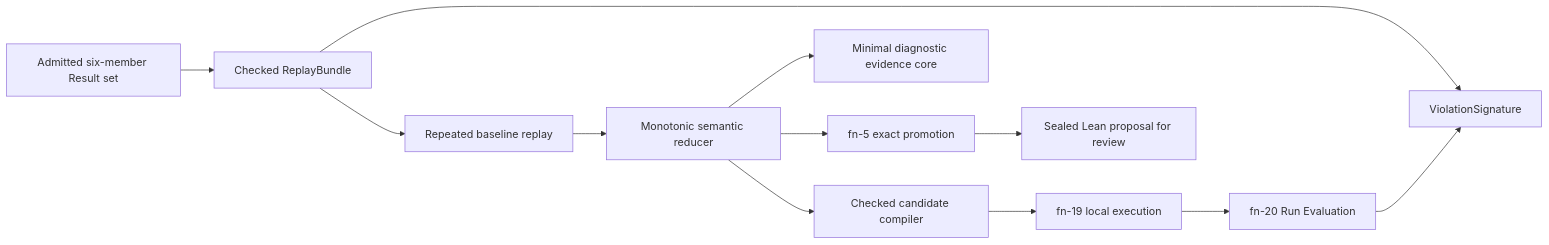
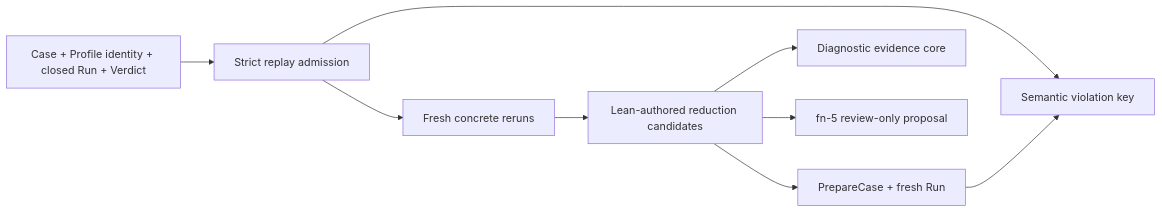
The diagram in .flow/specs/fn-22-deterministic-replay-semantic.md (stephanos/temporal), drawn with Mermaid before and after one commit. The commit also changed other lines of this file and 120 other files, not shown here.

````diff
--- a/.flow/specs/fn-22-deterministic-replay-semantic.md
+++ b/.flow/specs/fn-22-deterministic-replay-semantic.md
@@ -29,14 +15,11 @@
 ```mermaid
 flowchart LR
-  A[Admitted six-member Result set] --> B[Checked ReplayBundle]
-  B --> S[ViolationSignature]
-  B --> R[Repeated baseline replay]
-  R --> M[Monotonic semantic reducer]
-  M --> C[Checked candidate compiler]
-  C --> E[fn-19 local execution]
-  E --> Q[fn-20 Run Evaluation]
-  Q --> S
-  M --> W[Minimal diagnostic evidence core]
-  M --> P[fn-5 exact promotion]
-  P --> L[Sealed Lean proposal for review]
+  I[Case + Profile identity + closed Run + Verdict] --> A[Strict replay admission]
+  A --> K[Semantic violation key]
+  A --> R[Fresh concrete reruns]
+  R --> M[Lean-authored reduction candidates]
+  M --> P[PrepareCase + fresh Run]
+  P --> K
+  M --> E[Diagnostic evidence core]
+  M --> Q[fn-5 review-only proposal]
 ```
````
